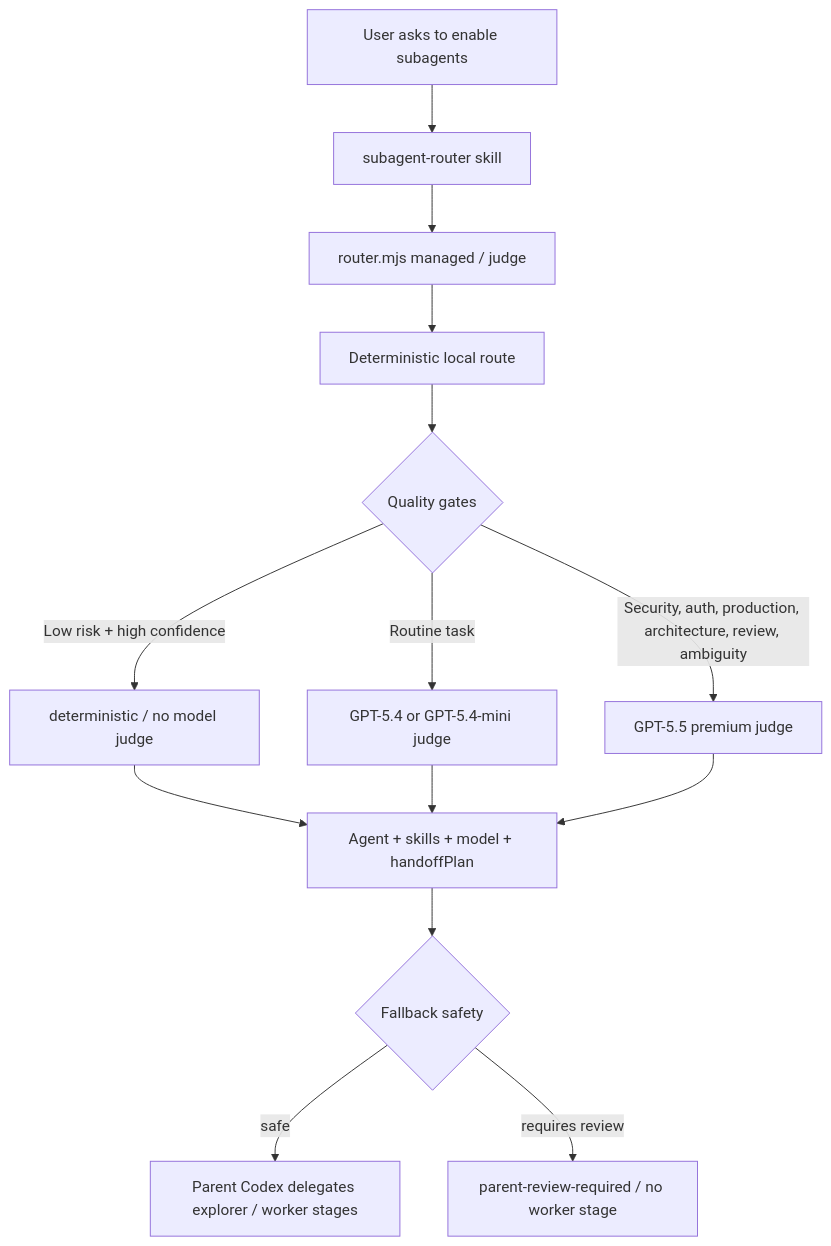
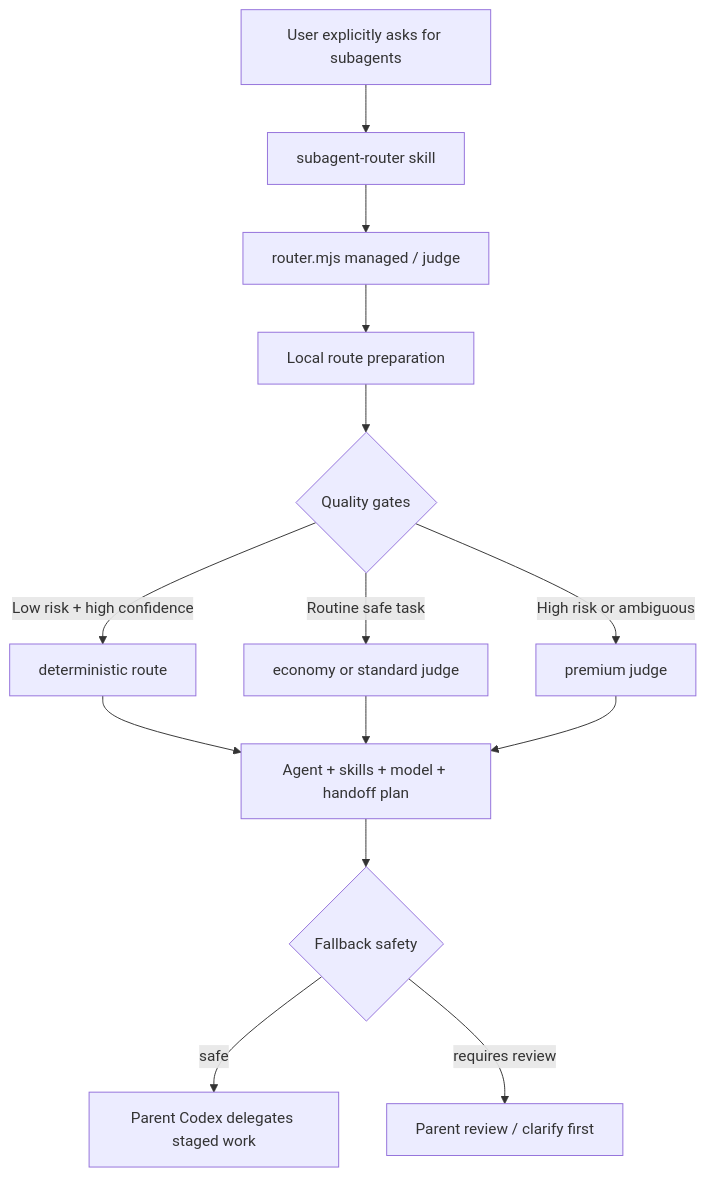
The diagram in README.md (sjp121266-ops/codex-subagent-router-v8), drawn with Mermaid before and after one commit. The commit also changed other lines of this file and 2 other files, not shown here.

````diff
--- a/README.md
+++ b/README.md
@@ -40,16 +46,16 @@
 ```mermaid
 flowchart TD
-  A["User asks to enable subagents"] --> B["subagent-router skill"]
+  A["User explicitly asks for subagents"] --> B["subagent-router skill"]
   B --> C["router.mjs managed / judge"]
-  C --> D["Deterministic local route"]
+  C --> D["Local route preparation"]
   D --> E{"Quality gates"}
-  E -->|"Low risk + high confidence"| F["deterministic / no model judge"]
-  E -->|"Routine task"| G["GPT-5.4 or GPT-5.4-mini judge"]
-  E -->|"Security, auth, production, architecture, review, ambiguity"| H["GPT-5.5 premium judge"]
-  F --> I["Agent + skills + model + handoffPlan"]
+  E -->|"Low risk + high confidence"| F["deterministic route"]
+  E -->|"Routine safe task"| G["economy or standard judge"]
+  E -->|"High risk or ambiguous"| H["premium judge"]
+  F --> I["Agent + skills + model + handoff plan"]
   G --> I
   H --> I
   I --> J{"Fallback safety"}
-  J -->|"safe"| K["Parent Codex delegates explorer / worker stages"]
-  J -->|"requires review"| L["parent-review-required / no worker stage"]
+  J -->|"safe"| K["Parent Codex delegates staged work"]
+  J -->|"requires review"| L["Parent review / clarify first"]
 ```
````
